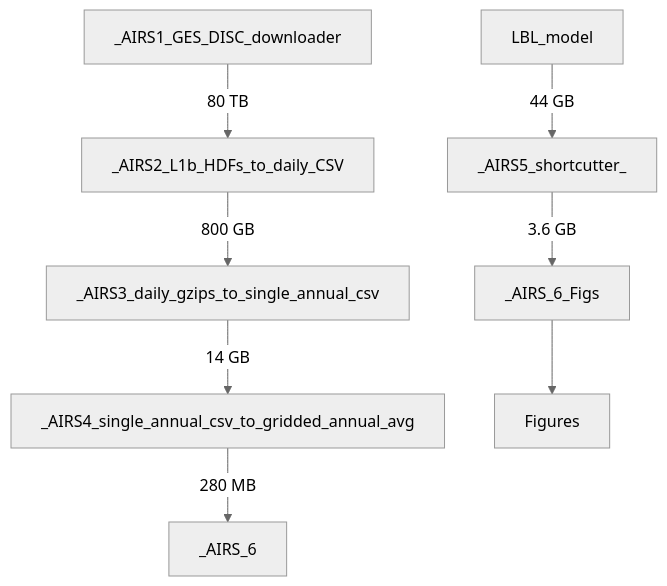
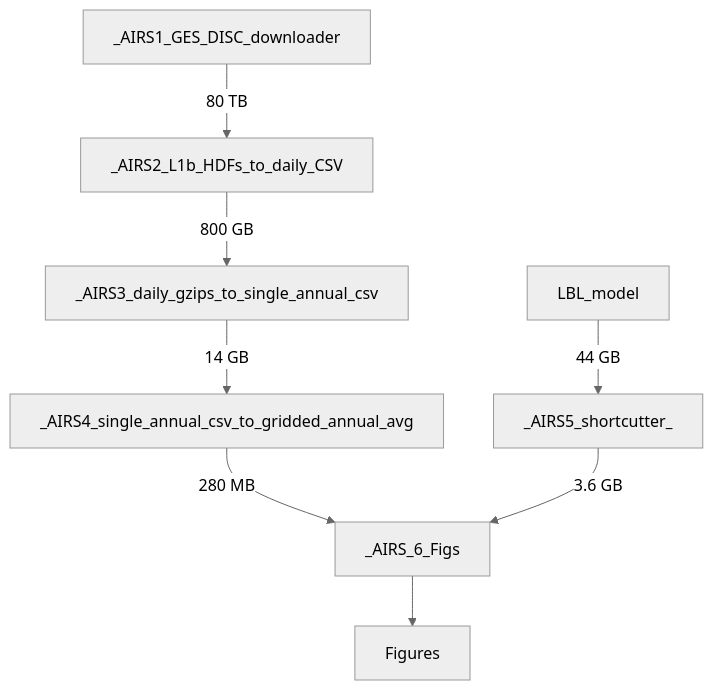
One commit to rentcp/NS9188K changed the diagram in README.md. Above: the diagram before and after it, drawn with Mermaid (neutral theme).

Commit message:
Fixed flowchart

````diff
--- a/README.md
+++ b/README.md
@@ -13,11 +13,11 @@
 ```mermaid
 graph TD;
     LBL_model--44 GB-->_AIRS5_shortcutter_;
     _AIRS1_GES_DISC_downloader--80 TB-->_AIRS2_L1b_HDFs_to_daily_CSV;
     _AIRS2_L1b_HDFs_to_daily_CSV--800 GB-->_AIRS3_daily_gzips_to_single_annual_csv;
     _AIRS3_daily_gzips_to_single_annual_csv--14 GB-->_AIRS4_single_annual_csv_to_gridded_annual_avg;
-    _AIRS4_single_annual_csv_to_gridded_annual_avg--280 MB-->_AIRS_6;
+    _AIRS4_single_annual_csv_to_gridded_annual_avg--280 MB-->_AIRS_6_Figs;
     _AIRS5_shortcutter_--3.6 GB-->_AIRS_6_Figs;
     _AIRS_6_Figs-->Figures
 
 ```
````
